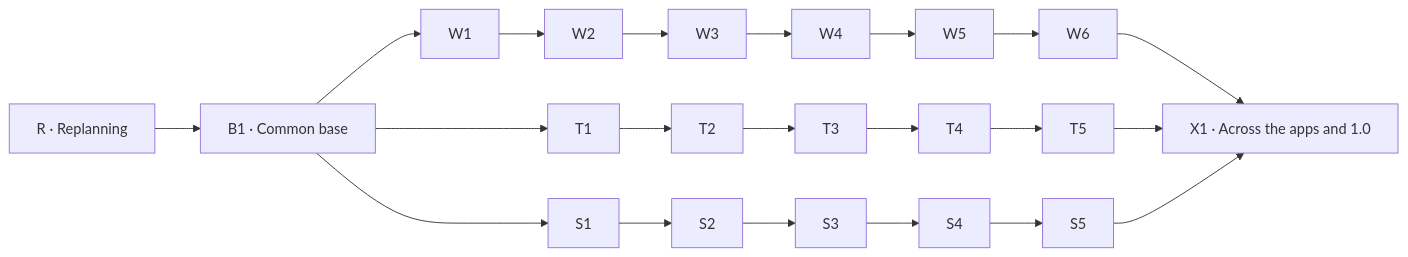
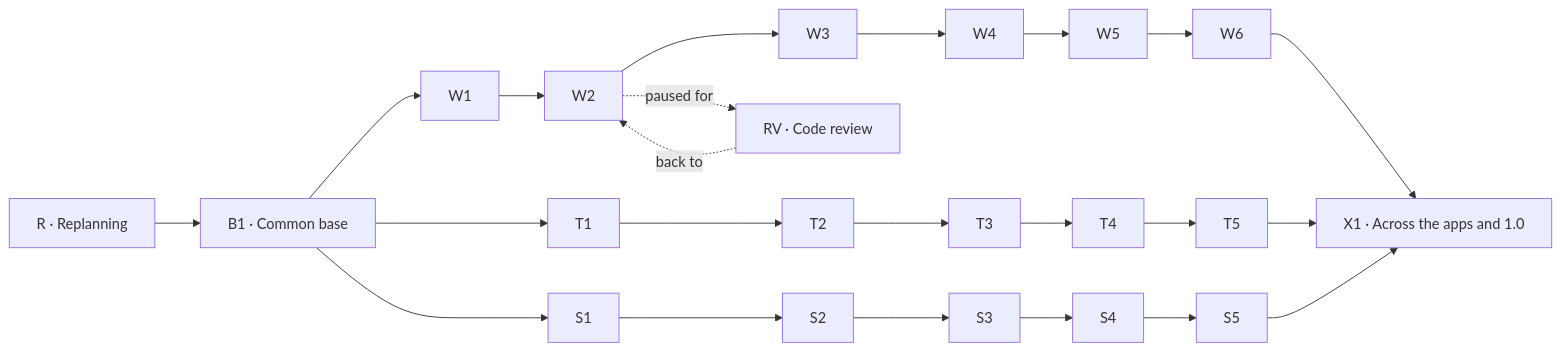
The diagram in docs/roadmap.md (brahm/desk), drawn with Mermaid before and after one commit. The commit also changed other lines of this file and 12 other files, not shown here.

First line of the commit message:
Pause development for a review of all the code (phase RV, D-027)

````diff
--- a/docs/roadmap.md
+++ b/docs/roadmap.md
@@ -36,8 +36,9 @@
 ```mermaid
 flowchart LR
     R[R · Replanning] --> B1[B1 · Common base]
     B1 --> W1 --> W2 --> W3 --> W4 --> W5 --> W6
     B1 --> T1 --> T2 --> T3 --> T4 --> T5
     B1 --> S1 --> S2 --> S3 --> S4 --> S5
     W6 & T5 & S5 --> X1[X1 · Across the apps and 1.0]
+    W2 -. paused for .-> RV[RV · Code review] -. back to .-> W2
 ```
````
